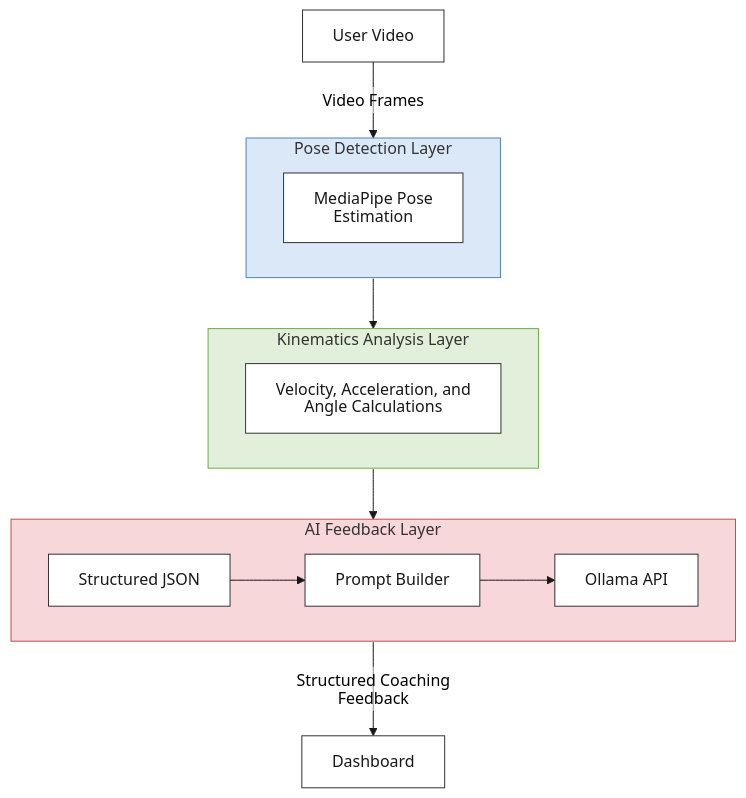
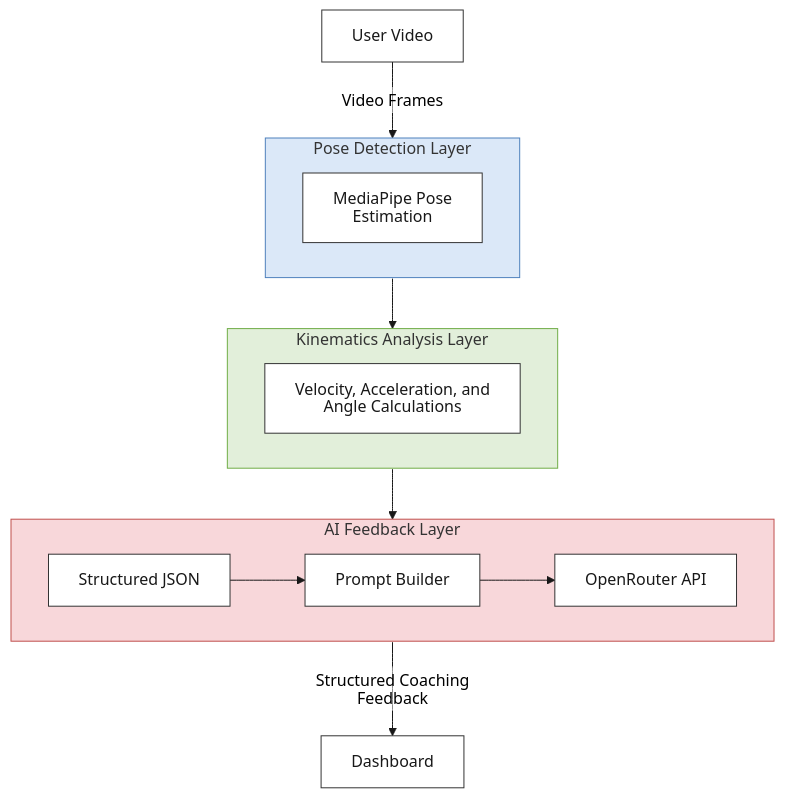
The diagram in README.md (Jose-Victorino/FormGuard), drawn with Mermaid (neutral theme) before and after one commit. The commit also changed other lines of this file and 4 other files, not shown here.

````diff
--- a/README.md
+++ b/README.md
@@ -34,50 +34,50 @@
 ```mermaid
 ---
 config:
   htmlLabels: false
 ---
 flowchart TD
   classDef node fill: #fff, color: #181818, stroke: #333, stroke-width: 1px
   classDef PD_NODES color: #181818, stroke: #333, stroke-width: 1px
   classDef KA_NODES color: #181818, stroke: #333, stroke-width: 1px
   classDef AI_NODES color: #181818, stroke: #333, stroke-width: 1px
 
   User[User Video]:::node
   Dashboard[Dashboard]:::node
 
   subgraph PD["Pose Detection Layer"]
     direction LR
 
     MP["MediaPipe Pose<br/>Estimation"]:::PD_NODES
   end
   %% Kinematics Analysis Layer
   subgraph KA["Kinematics Analysis Layer"]
     KC["Velocity, Acceleration, and Angle Calculations"]:::KA_NODES
   end
 
   %% AI Feedback Layer
   subgraph AI["AI Feedback Layer"]
     direction LR
 
     JSON["Structured JSON"]:::AI_NODES
     PB["Prompt Builder"]:::AI_NODES
-    OLLAMA["Ollama API"]:::AI_NODES
+    OpenRouter["OpenRouter API"]:::AI_NODES
 
     JSON --> PB
-    PB --> OLLAMA
+    PB --> OpenRouter
   end
 
   %% Connections
   User --> | Video Frames | PD
   PD --> KA
   KA --> AI
   AI --> | Structured Coaching Feedback | Dashboard
 
   %% Arrow colors
   linkStyle 0,1,2,3,4,5 stroke: #181818, stroke-width: 1px;
 
   %% Layer colors
   style PD fill: #dbe8f8, stroke: #4f81bd, color: #181818, stroke-width: 1px
   style KA fill: #e2efda, stroke: #70ad47, color: #181818, stroke-width: 1px
   style AI fill: #f8d7da, stroke: #c0504d, color: #181818, stroke-width: 1px
 ```
````
